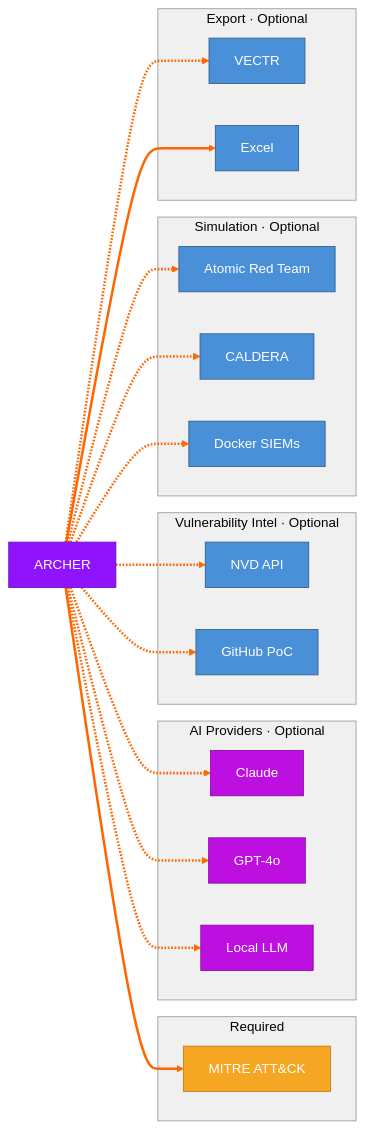
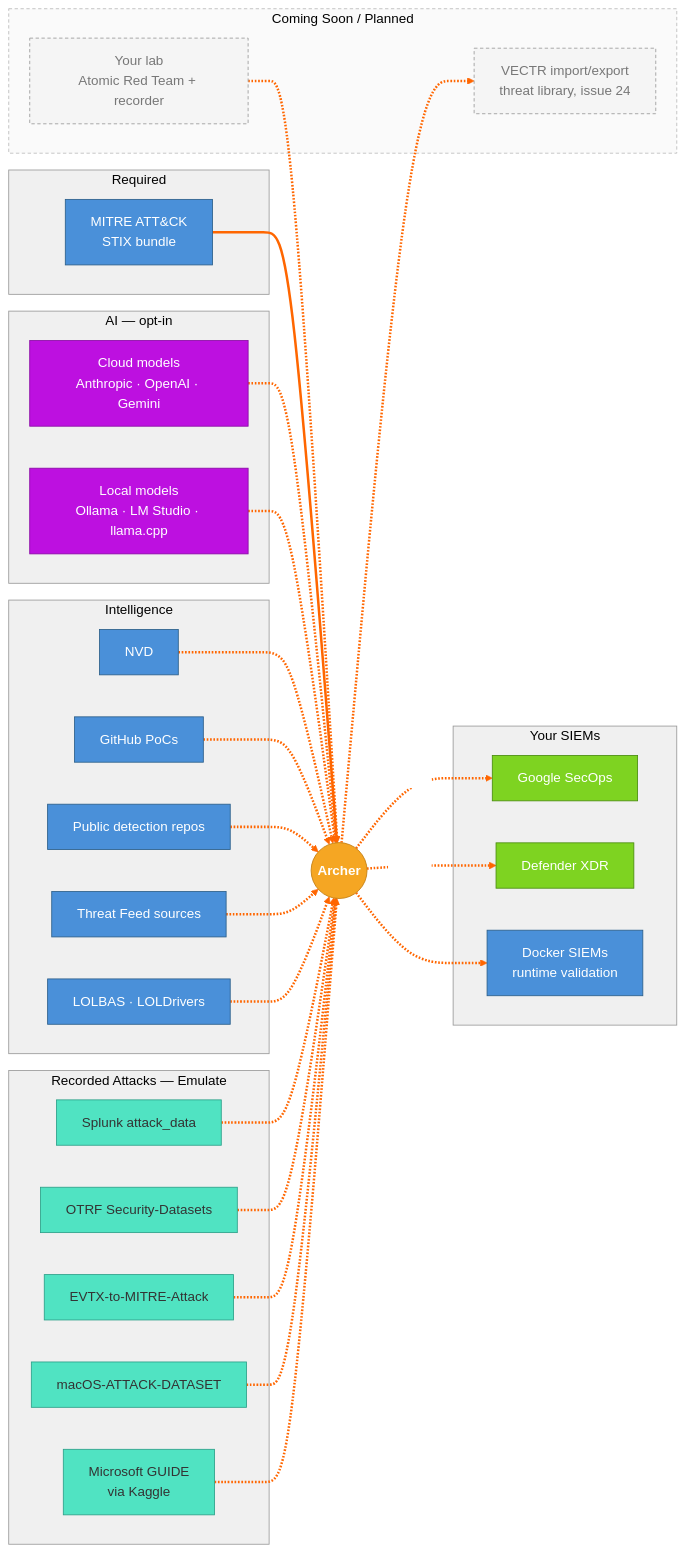
Before and after one commit to cmdaltr/shikari: the diagram in docs/architecture/mermaid/09_6_integration_map_external_systems.md, drawn with Mermaid. The commit also changed other lines of this file and 61 other files, not shown here.

First line of the commit message:
Docs: recording a lab (coming soon), current state throughout (#22)

````diff
--- a/docs/architecture/mermaid/09_6_integration_map_external_systems.md
+++ b/docs/architecture/mermaid/09_6_integration_map_external_systems.md
@@ -5,50 +5,73 @@
 ```mermaid
 %%{init: {'theme': 'base', 'themeVariables': {'lineColor': '#ff6600', 'edgeLabelBackground': '#ffffff', 'primaryColor': '#4a90d9', 'primaryTextColor': '#ffffff', 'primaryBorderColor': '#2c5f8a', 'secondaryColor': '#e8e8e8', 'tertiaryColor': '#f5f5f5', 'clusterBkg': '#f0f0f0', 'clusterBorder': '#999999', 'titleColor': '#000000', 'nodeTextColor': '#000000', 'background': '#ffffff'}}}%%
 graph LR
-    ARCHER["ARCHER"]
+    ARCHER(("<b>Archer</b>"))
 
-    subgraph REQUIRED ["Required"]
-        MITRE_I["MITRE ATT&CK"]
+    subgraph REQ ["Required"]
+        STIX["MITRE ATT&CK<br/>STIX bundle"]
     end
 
-    subgraph AI ["AI Providers · Optional"]
-        CLAUDE["Claude"]
-        GPT["GPT-4o"]
-        LLAMA["Local LLM"]
+    subgraph AI ["AI — opt-in"]
+        CLOUD["Cloud models<br/>Anthropic · OpenAI · Gemini"]
+        LOCAL["Local models<br/>Ollama · LM Studio · llama.cpp"]
     end
 
-    subgraph VULN ["Vulnerability Intel · Optional"]
-        NVD_I["NVD API"]
-        GH_I["GitHub PoC"]
+    subgraph INTEL ["Intelligence"]
+        NVD["NVD"]
+        GHPOC["GitHub PoCs"]
+        RULES["Public detection repos"]
+        FEEDS["Threat Feed sources"]
+        LOL["LOLBAS · LOLDrivers"]
     end
 
-    subgraph SIM ["Simulation · Optional"]
-        ART["Atomic Red Team"]
-        CAL["CALDERA"]
-        SPL_D["Docker SIEMs"]
+    subgraph TEL ["Recorded Attacks — Emulate"]
+        SPL["Splunk attack_data"]
+        OTRF["OTRF Security-Datasets"]
+        EVTX["EVTX-to-MITRE-Attack"]
+        MAC["macOS-ATTACK-DATASET"]
+        GUIDE["Microsoft GUIDE<br/>via Kaggle"]
     end
 
-    subgraph EXPORT ["Export · Optional"]
-        VECTR_E["VECTR"]
-        XLSX_E["Excel"]
+    subgraph SIEM ["Your SIEMs"]
+        SECOPS["Google SecOps"]
+        MDE["Defender XDR"]
+        DOCKER["Docker SIEMs<br/>runtime validation"]
     end
 
-    ARCHER --> MITRE_I
-    ARCHER -.-> CLAUDE
-    ARCHER -.-> GPT
-    ARCHER -.-> LLAMA
-    ARCHER -.-> NVD_I
-    ARCHER -.-> GH_I
-    ARCHER -.-> ART
-    ARCHER -.-> CAL
-    ARCHER -.-> SPL_D
-    ARCHER -.-> VECTR_E
-    ARCHER --> XLSX_E
+    subgraph SOON ["Coming Soon / Planned"]
+        LAB["Your lab<br/>Atomic Red Team + recorder"]
+        VECTR["VECTR import/export<br/>threat library, issue 24"]
+    end
 
-    style ARCHER fill:#9013fe,stroke:#6b0fb8,color:#fff
-    style MITRE_I fill:#f5a623,stroke:#c17d10,color:#fff
-    style CLAUDE fill:#bd10e0,stroke:#8a0ba5,color:#fff
-    style GPT fill:#bd10e0,stroke:#8a0ba5,color:#fff
-    style LLAMA fill:#bd10e0,stroke:#8a0ba5,color:#fff
+    STIX --> ARCHER
+    CLOUD -.-> ARCHER
+    LOCAL -.-> ARCHER
+    NVD -.-> ARCHER
+    GHPOC -.-> ARCHER
+    RULES -.-> ARCHER
+    FEEDS -.-> ARCHER
+    LOL -.-> ARCHER
+    SPL & OTRF & EVTX & MAC -.-> ARCHER
+    GUIDE -.-> ARCHER
+    ARCHER -.->|"queries"| SECOPS
+    ARCHER -.->|"queries"| MDE
+    ARCHER -.-> DOCKER
+    LAB -.-> ARCHER
+    ARCHER -.-> VECTR
+
+    style ARCHER fill:#f5a623,stroke:#c17d10,color:#fff
+    style STIX fill:#4a90d9,stroke:#2c5f8a,color:#fff
+    style CLOUD fill:#bd10e0,stroke:#8a0ba5,color:#fff
+    style LOCAL fill:#bd10e0,stroke:#8a0ba5,color:#fff
+    style SECOPS fill:#7ed321,stroke:#4a8c0f,color:#fff
+    style MDE fill:#7ed321,stroke:#4a8c0f,color:#fff
+    style SPL fill:#50e3c2,stroke:#2ca089,color:#333
+    style OTRF fill:#50e3c2,stroke:#2ca089,color:#333
+    style EVTX fill:#50e3c2,stroke:#2ca089,color:#333
+    style MAC fill:#50e3c2,stroke:#2ca089,color:#333
+    style GUIDE fill:#50e3c2,stroke:#2ca089,color:#333
+    style SOON fill:#fafafa,stroke:#bbb,stroke-dasharray:4 3
+    style LAB fill:#f5f5f5,stroke:#999,stroke-dasharray:4 3,color:#777
+    style VECTR fill:#f5f5f5,stroke:#999,stroke-dasharray:4 3,color:#777
     linkStyle default stroke:#ff6600,stroke-width:3px
 ```
````
